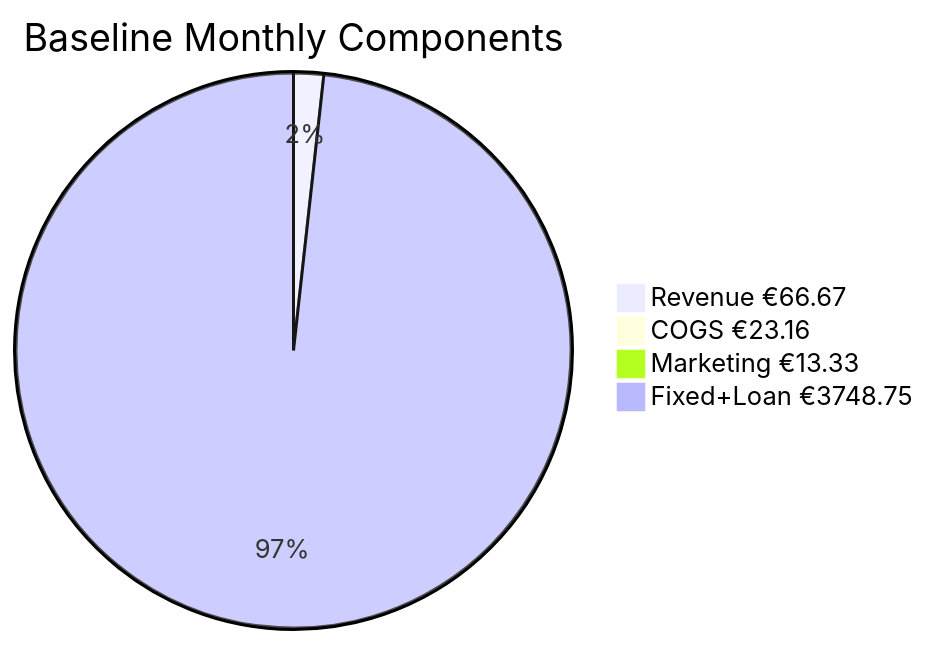
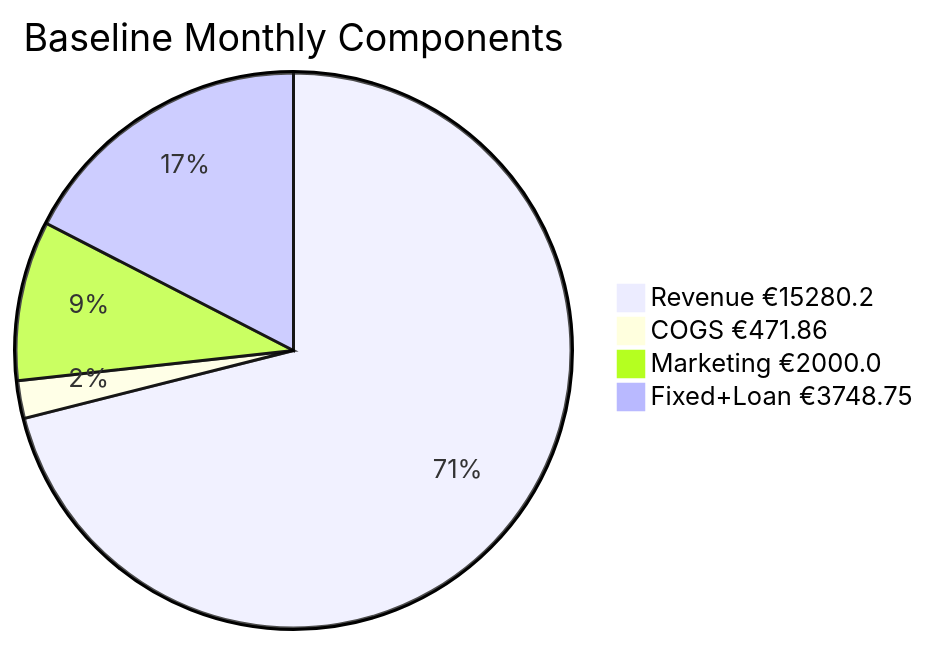
Before and after one commit to veighnsche/llama-orch: the second of 2 diagrams in .business/financieelplan_NL_nl/.002-draft/outputs/financial_plan.md, drawn with Mermaid. The commit also changed other lines of this file and 42 other files, not shown here.

````diff
--- a/.business/financieelplan_NL_nl/.002-draft/outputs/financial_plan.md
+++ b/.business/financieelplan_NL_nl/.002-draft/outputs/financial_plan.md
@@ -145,7 +192,7 @@
 ```mermaid
 pie title Baseline Monthly Components
-  "Revenue €66.67" : 66.67
-  "COGS €23.16" : 23.16
-  "Marketing €13.33" : 13.33
+  "Revenue €15280.2" : 15280.2
+  "COGS €471.86" : 471.86
+  "Marketing €2000.0" : 2000.0
   "Fixed+Loan €3748.75" : 3748.75
 ```
````
